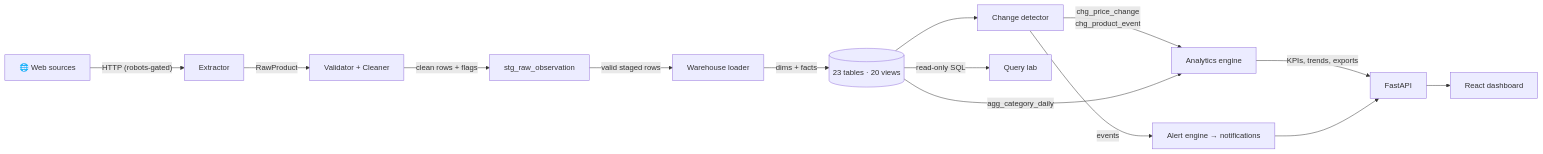
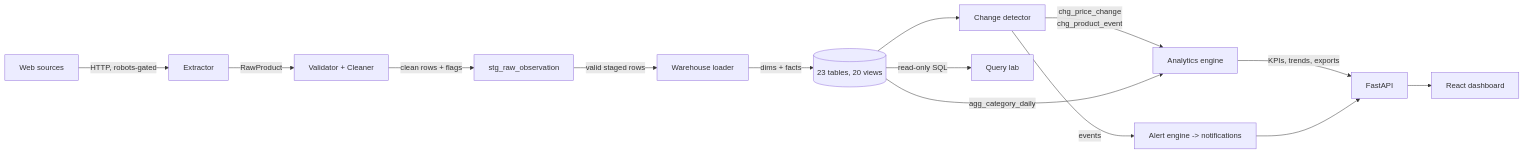
Before and after one commit to Ahmedbakr78/Web-to-Warehouse-Product-Intelligence-Pipeline: the eighth of 9 diagrams in README.md, drawn with Mermaid. The commit also changed other lines of this file, not shown here.

````diff
--- a/README.md
+++ b/README.md
@@ -395,16 +475,16 @@
 ```mermaid
 flowchart LR
-    W["🌐 Web sources"] -->|"HTTP (robots-gated)"| E["Extractor"]
+    W["Web sources"] -->|"HTTP, robots-gated"| E["Extractor"]
     E -->|"RawProduct"| V["Validator + Cleaner"]
     V -->|"clean rows + flags"| ST["stg_raw_observation"]
     ST -->|"valid staged rows"| L["Warehouse loader"]
-    L -->|"dims + facts"| WH[("23 tables · 20 views")]
+    L -->|"dims + facts"| WH[("23 tables, 20 views")]
     WH --> CD["Change detector"]
     CD -->|"chg_price_change<br/>chg_product_event"| AN["Analytics engine"]
     WH -->|"agg_category_daily"| AN
-    CD -->|"events"| AL["Alert engine → notifications"]
+    CD -->|"events"| AL["Alert engine -> notifications"]
     AN -->|"KPIs, trends, exports"| AP["FastAPI"]
     AL --> AP
     AP --> UI["React dashboard"]
     WH -->|"read-only SQL"| QL["Query lab"]
 ```
````
